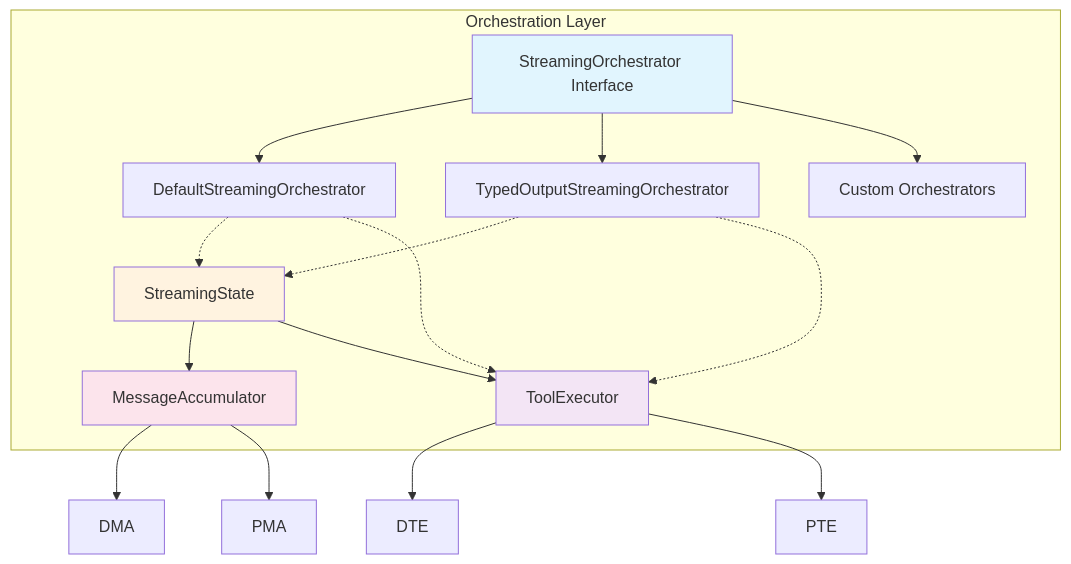
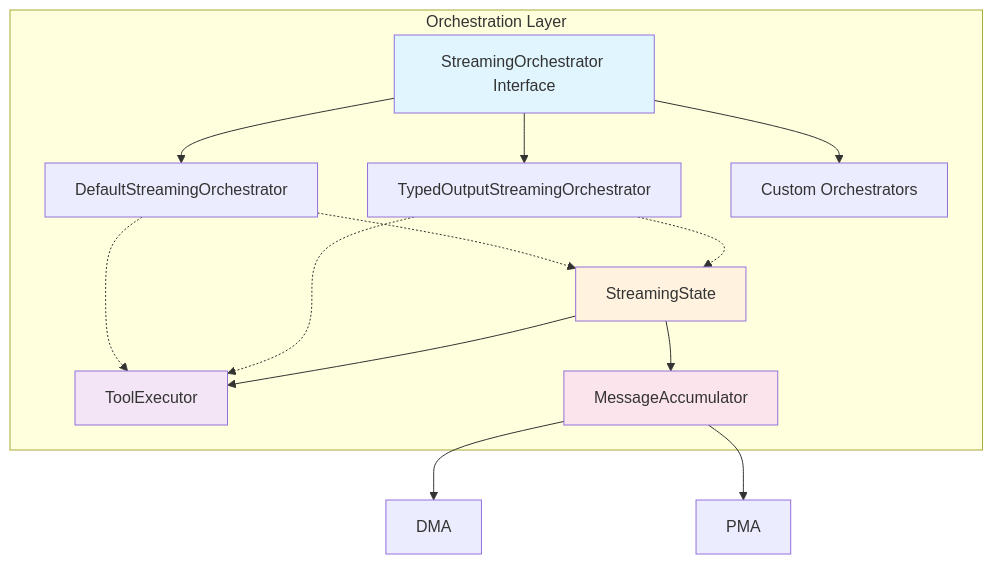
Before and after one commit to csells/langchain_dart: the first of 2 diagrams in packages/langchain_compat/specs/ORCHESTRATION_LAYER_ARCHITECTURE.md, drawn with Mermaid. The commit also changed other lines of this file and 13 other files, not shown here.

````diff
--- a/packages/langchain_compat/specs/ORCHESTRATION_LAYER_ARCHITECTURE.md
+++ b/packages/langchain_compat/specs/ORCHESTRATION_LAYER_ARCHITECTURE.md
@@ -45,36 +45,33 @@
 ```mermaid
 graph TB
     subgraph "Orchestration Layer"
         SO[StreamingOrchestrator Interface]
         DSO[DefaultStreamingOrchestrator]
         TSO[TypedOutputStreamingOrchestrator]
         CSO[Custom Orchestrators]
         
         TE[ToolExecutor]
         
         SS[StreamingState]
         MA[MessageAccumulator]
     end
     
     SO --> DSO
     SO --> TSO
     SO --> CSO
     
-    TE --> DTE
-    TE --> PTE
-    
     MA --> DMA
     MA --> PMA
     
     DSO -.-> SS
     TSO -.-> SS
     DSO -.-> TE
     TSO -.-> TE
     SS --> MA
     SS --> TE
     
     style SO fill:#e1f5fe
     style TE fill:#f3e5f5
     style SS fill:#fff3e0
     style MA fill:#fce4ec
 ```
````
